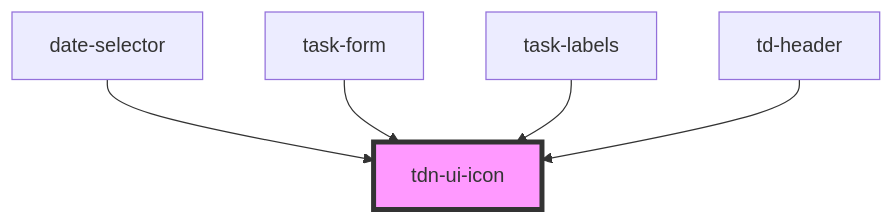
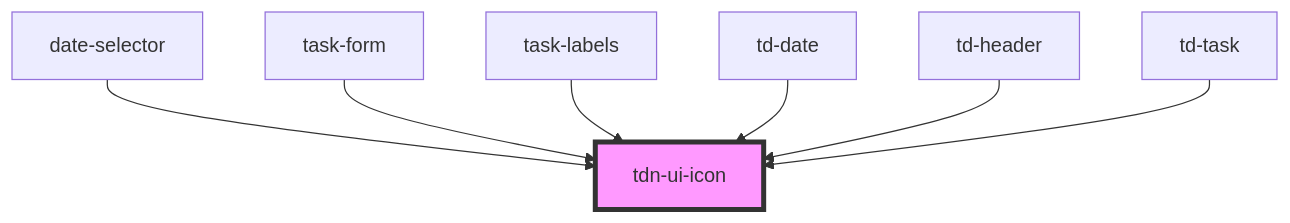
Before and after one commit to ajarana/to-done: the diagram in libs/ui/src/components/design-system/icon/readme.md, drawn with Mermaid. The commit also changed other lines of this file and 33 other files, not shown here.

````diff
--- a/libs/ui/src/components/design-system/icon/readme.md
+++ b/libs/ui/src/components/design-system/icon/readme.md
@@ -29,8 +31,10 @@
 ```mermaid
 graph TD;
   date-selector --> tdn-ui-icon
   task-form --> tdn-ui-icon
   task-labels --> tdn-ui-icon
+  td-date --> tdn-ui-icon
   td-header --> tdn-ui-icon
+  td-task --> tdn-ui-icon
   style tdn-ui-icon fill:#f9f,stroke:#333,stroke-width:4px
 ```
````
